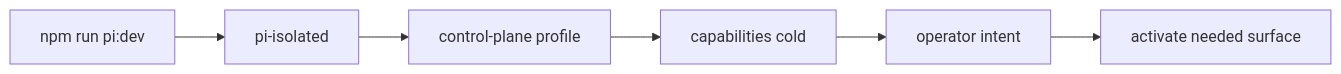
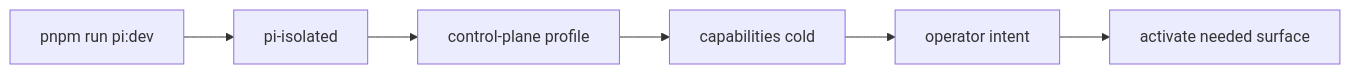
Before and after one commit to aretw0/agents-lab: the first of 2 diagrams in docs/architecture/control-plane-runtime-map.md, drawn with Mermaid. The commit also changed 4 other files, not shown here.

````diff
--- a/docs/architecture/control-plane-runtime-map.md
+++ b/docs/architecture/control-plane-runtime-map.md
@@ -14,8 +14,8 @@
 ```mermaid
 graph LR
-  dev["npm run pi:dev"] --> isolated["pi-isolated"]
+  dev["pnpm run pi:dev"] --> isolated["pi-isolated"]
   isolated --> profile["control-plane profile"]
   profile --> cold["capabilities cold"]
   cold --> intent["operator intent"]
   intent --> activate["activate needed surface"]
 ```
````
